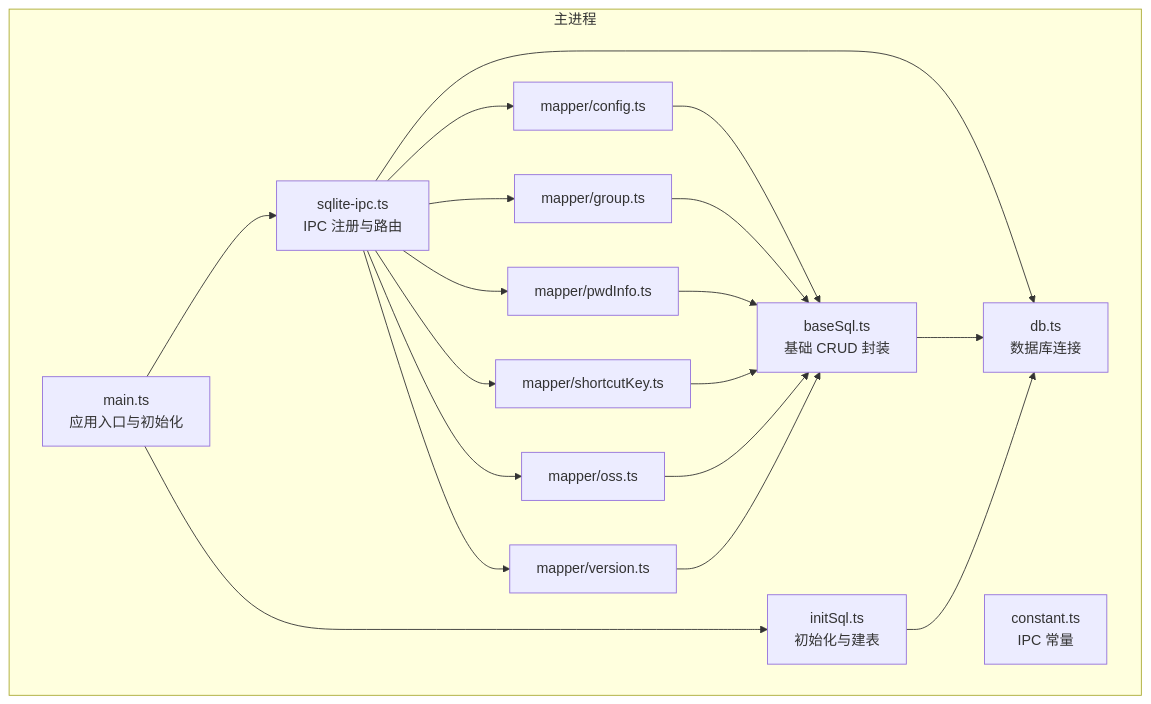
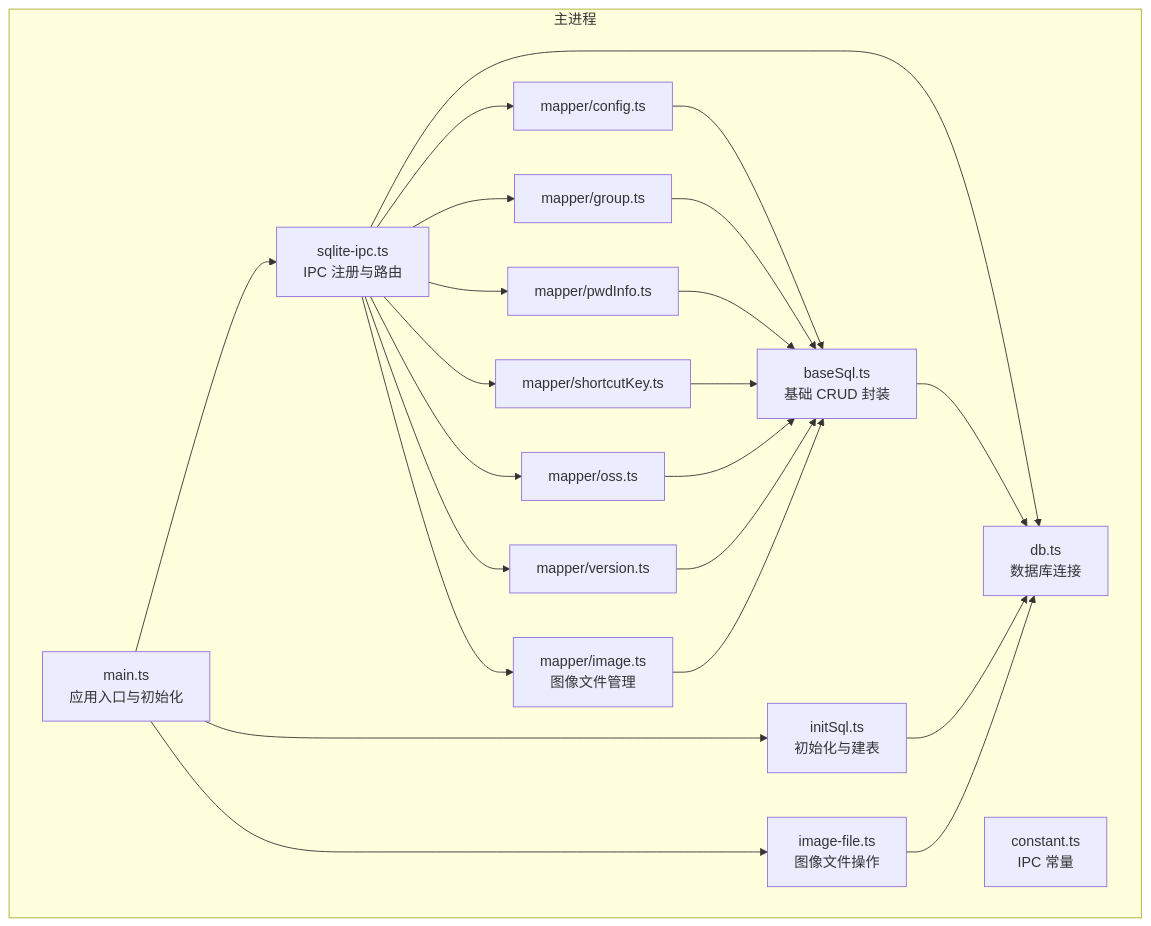
The first of 6 diagrams in .qoder/repowiki/zh/content/数据库系统/数据库系统.md (scgithub3220216/password-manager), drawn with Mermaid before and after one commit. The commit also changed other lines of this file and 17 other files, not shown here.

````diff
--- a/.qoder/repowiki/zh/content/数据库系统/数据库系统.md
+++ b/.qoder/repowiki/zh/content/数据库系统/数据库系统.md
@@ -48,34 +52,40 @@
 ```mermaid
 graph TB
 subgraph "主进程"
 M["main.ts<br/>应用入口与初始化"]
 C["constant.ts<br/>IPC 常量"]
 IPC["sqlite-ipc.ts<br/>IPC 注册与路由"]
 DB["db.ts<br/>数据库连接"]
 BASE["baseSql.ts<br/>基础 CRUD 封装"]
 INIT["initSql.ts<br/>初始化与建表"]
+IMGFILE["image-file.ts<br/>图像文件操作"]
 MAP_CFG["mapper/config.ts"]
 MAP_GRP["mapper/group.ts"]
 MAP_PWD["mapper/pwdInfo.ts"]
 MAP_SK["mapper/shortcutKey.ts"]
 MAP_OSS["mapper/oss.ts"]
 MAP_VER["mapper/version.ts"]
+MAP_IMG["mapper/image.ts<br/>图像文件管理"]
 end
 M --> IPC
 M --> INIT
+M --> IMGFILE
 IPC --> MAP_CFG
 IPC --> MAP_GRP
 IPC --> MAP_PWD
 IPC --> MAP_SK
 IPC --> MAP_OSS
 IPC --> MAP_VER
+IPC --> MAP_IMG
 IPC --> DB
 MAP_CFG --> BASE
 MAP_GRP --> BASE
 MAP_PWD --> BASE
 MAP_SK --> BASE
 MAP_OSS --> BASE
 MAP_VER --> BASE
+MAP_IMG --> BASE
 BASE --> DB
 INIT --> DB
+IMGFILE --> DB
 ```
````
